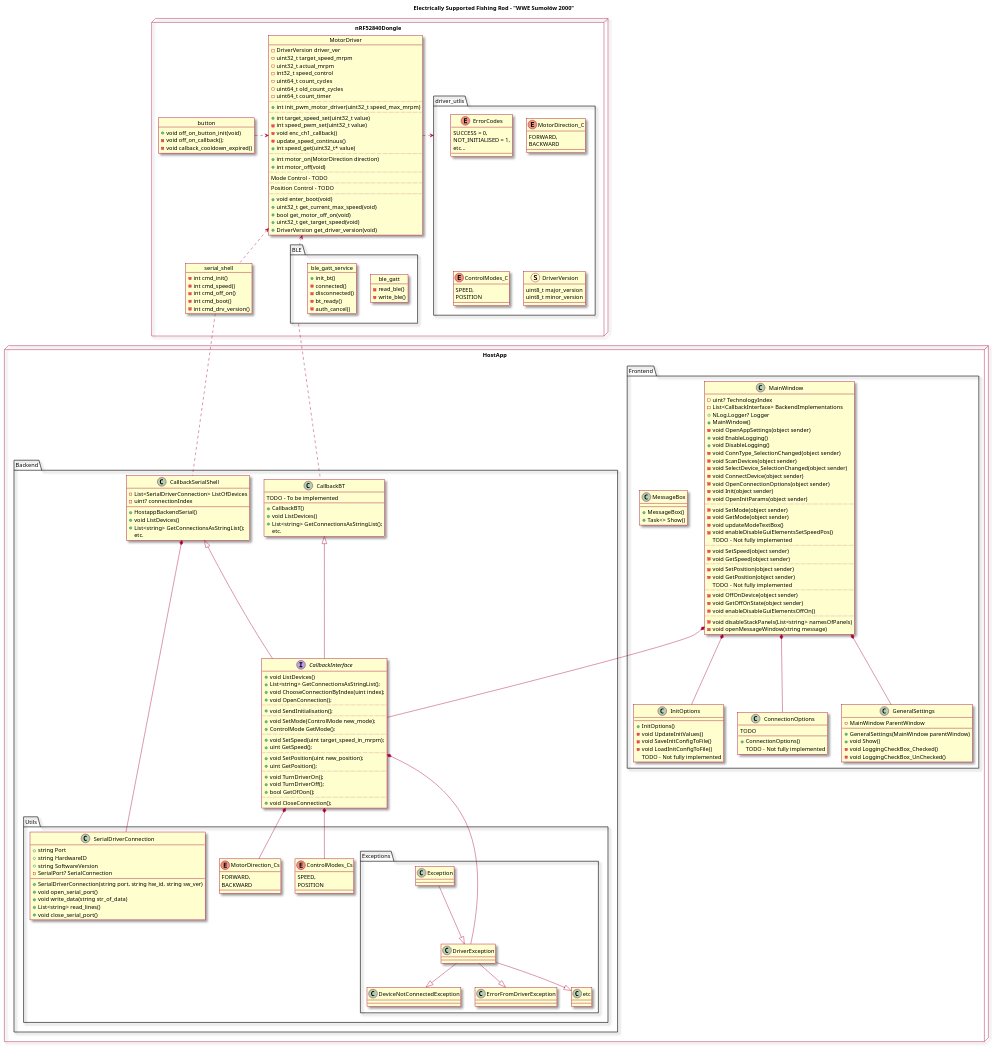
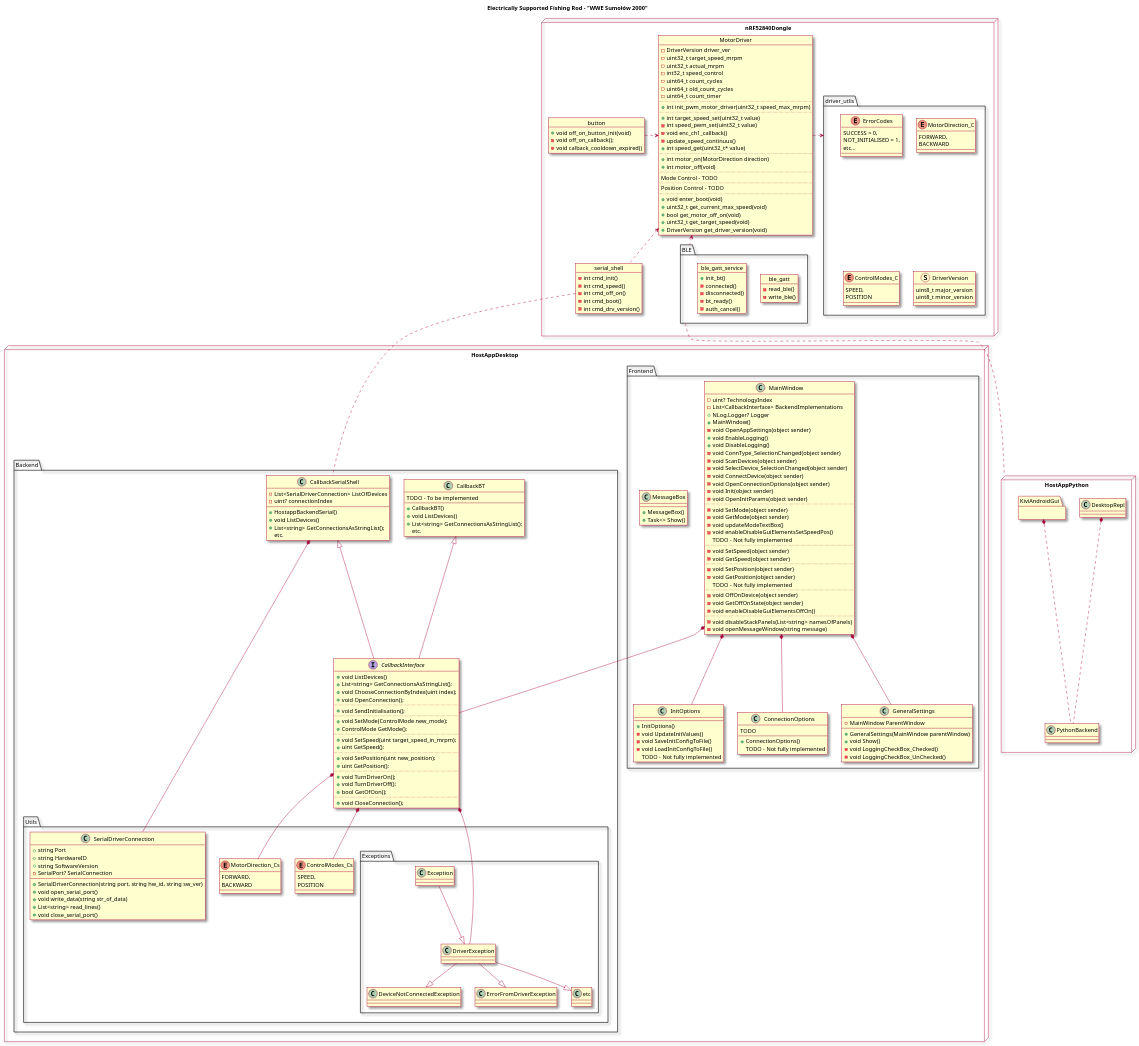
One commit to KN-Integra/Electrically-supported-fishing-rod changed the diagram in UML_Diagram/SystemDiagram.wsd. Above: the diagram before and after it, drawn with PlantUML.

Commit message:
init Python app

```diff
--- a/UML_Diagram/SystemDiagram.wsd
+++ b/UML_Diagram/SystemDiagram.wsd
@@ -4,7 +4,7 @@
 
 title Electrically Supported Fishing Rod - "WWE Sumołów 2000"
 
-node HostApp{
+node HostAppDesktop {
   package Frontend{
     class MainWindow {
       - uint? TechnologyIndex
@@ -174,6 +174,23 @@
 MainWindow  *--  InitOptions
 MainWindow  *--  ConnectionOptions
 
+node HostAppPython{
+  package KiviAndroidGui{
+
+  }
+
+  class DesktopRepl{
+
+  }
+
+  class PythonBackend{
+
+  }
+
+  KiviAndroidGui *.down. PythonBackend
+  DesktopRepl *.down. PythonBackend
+}
+
 node nRF52840Dongle{
   object MotorDriver {
     - DriverVersion driver_ver
@@ -259,8 +276,11 @@
   }
 }
 
+
+
 serial_shell .down. CallbackSerialShell
-BLE .down. CallbackBT
+
+BLE .down. HostAppPython
 
 MotorDriver <.down. serial_shell
 MotorDriver <.down. BLE
```
